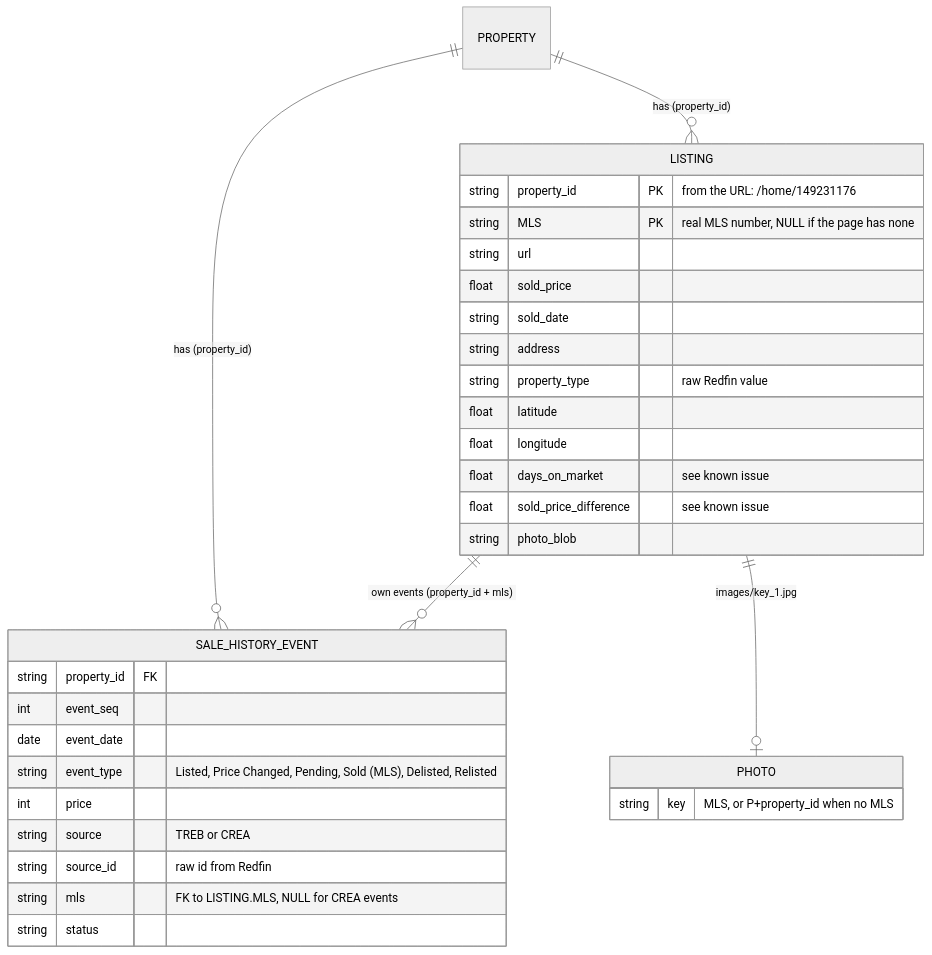
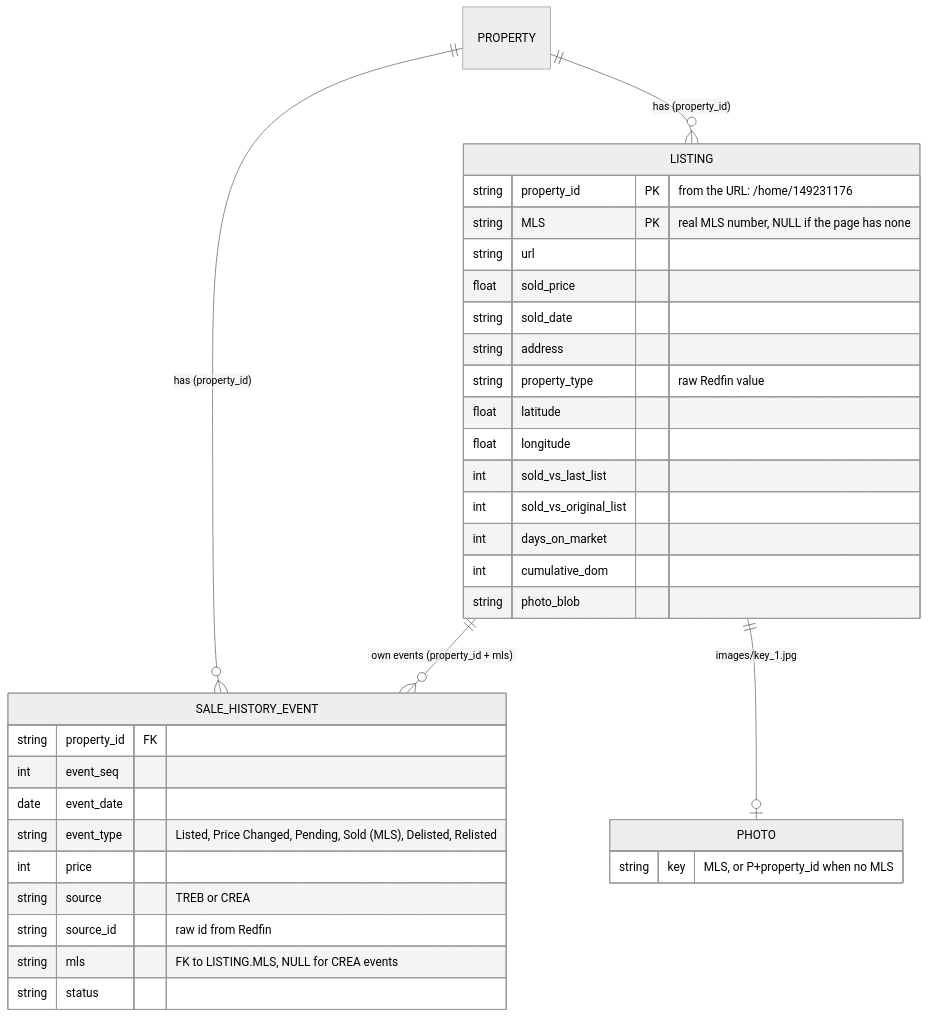
Before and after one commit to alexis-bruneau/Alexis-Website: the second of 2 diagrams in app/Redfin/ARCHITECTURE.md, drawn with Mermaid (neutral theme). The commit also changed other lines of this file and 8 other files, not shown here.

````diff
--- a/app/Redfin/ARCHITECTURE.md
+++ b/app/Redfin/ARCHITECTURE.md
@@ -26,36 +26,38 @@
 ```mermaid
 erDiagram
     PROPERTY ||--o{ LISTING : "has (property_id)"
     PROPERTY ||--o{ SALE_HISTORY_EVENT : "has (property_id)"
     LISTING  ||--o{ SALE_HISTORY_EVENT : "own events (property_id + mls)"
     LISTING  ||--o| PHOTO : "images/key_1.jpg"
 
     LISTING {
         string property_id PK "from the URL: /home/149231176"
         string MLS PK "real MLS number, NULL if the page has none"
         string url
         float  sold_price
         string sold_date
         string address
         string property_type "raw Redfin value"
         float  latitude
         float  longitude
-        float  days_on_market "see known issue"
-        float  sold_price_difference "see known issue"
+        int    sold_vs_last_list
+        int    sold_vs_original_list
+        int    days_on_market
+        int    cumulative_dom
         string photo_blob
     }
     SALE_HISTORY_EVENT {
         string property_id FK
         int    event_seq
         date   event_date
         string event_type "Listed, Price Changed, Pending, Sold (MLS), Delisted, Relisted"
         int    price
         string source "TREB or CREA"
         string source_id "raw id from Redfin"
         string mls "FK to LISTING.MLS, NULL for CREA events"
         string status
     }
     PHOTO {
         string key "MLS, or P+property_id when no MLS"
     }
 ```
````
